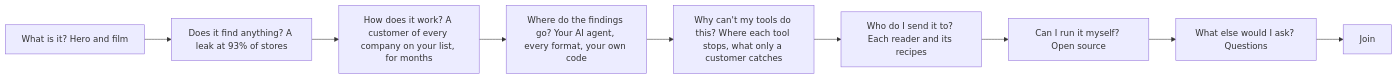
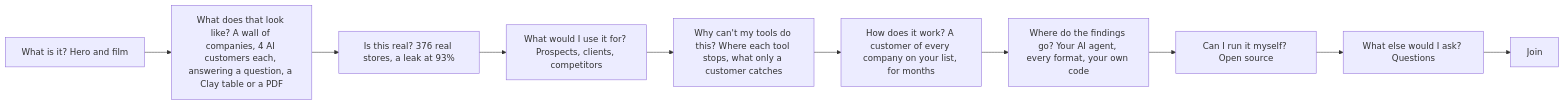
One commit to UseObsession/homepage changed the second of 2 diagrams in COPY.md. Above: the diagram before and after it, drawn with Mermaid. The commit also changed other lines of this file and 17 other files, not shown here.

First line of the commit message:
Home in Seun's order: what it looks like, is it real, what you'd use it for (#53)

````diff
--- a/COPY.md
+++ b/COPY.md
@@ -163,10 +163,11 @@
 ```mermaid
 flowchart LR
-  a["What is it? Hero and film"] --> b["Does it find anything? A leak at 93% of stores"]
-  b --> c["How does it work? A customer of every company on your list, for months"]
+  a["What is it? Hero and film"] --> l["What does that look like? A wall of companies, 4 AI customers each, answering a question, a Clay table or a PDF"]
+  l --> b["Is this real? 376 real stores, a leak at 93%"]
+  b --> e["What would I use it for? Prospects, clients, competitors"]
+  e --> d["Why can't my tools do this? Where each tool stops, what only a customer catches"]
+  d --> c["How does it work? A customer of every company on your list, for months"]
   c --> c2["Where do the findings go? Your AI agent, every format, your own code"]
-  c2 --> d["Why can't my tools do this? Where each tool stops, what only a customer catches"]
-  d --> e["Who do I send it to? Each reader and its recipes"]
-  e --> o["Can I run it myself? Open source"]
+  c2 --> o["Can I run it myself? Open source"]
   o --> j["What else would I ask? Questions"] --> k["Join"]
 ```
````
